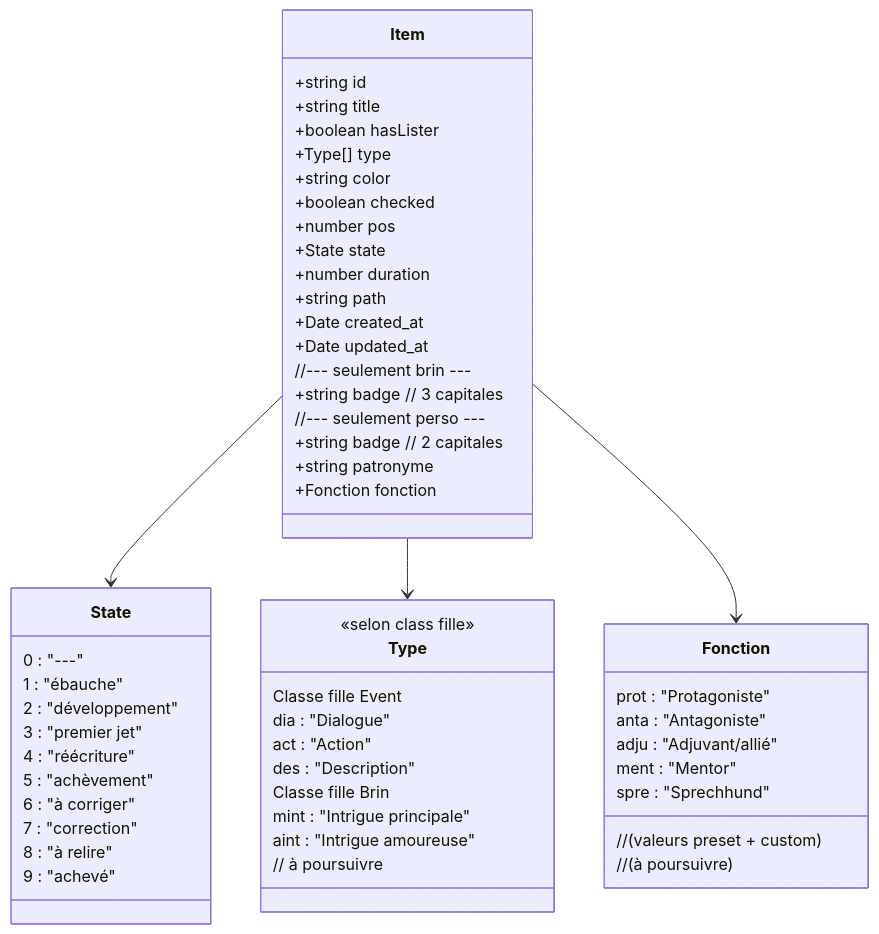
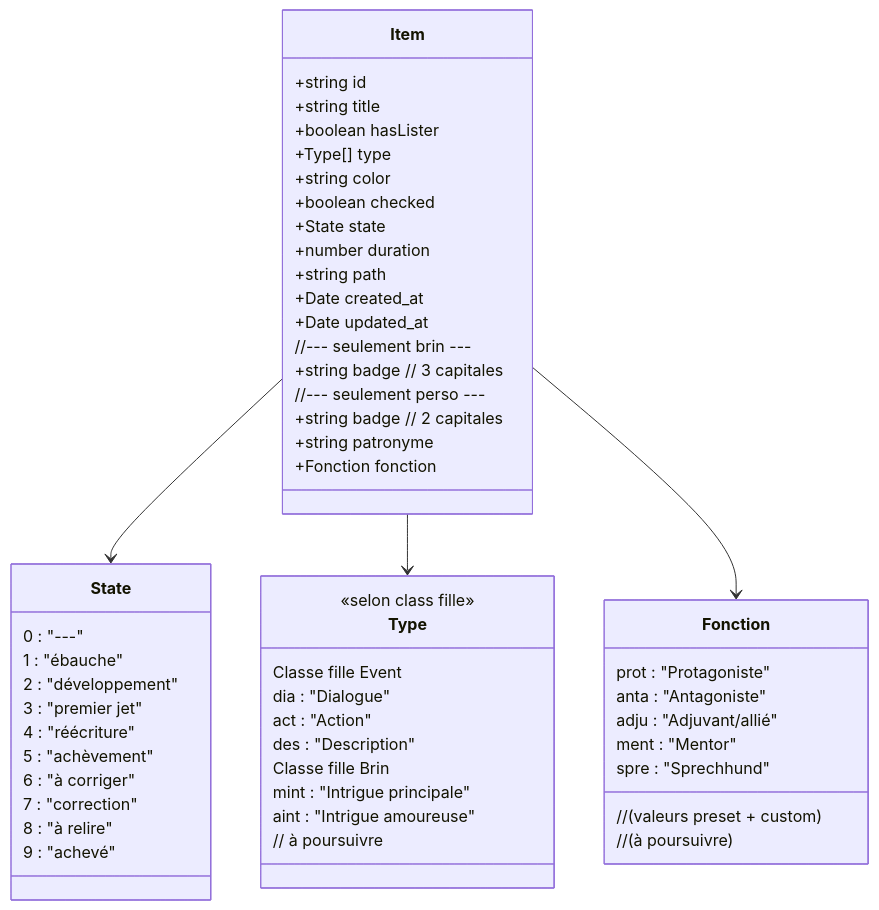
Before and after one commit to PhilippePerret/Eventer3: the second of 2 diagrams in dev/Specs-modeles.md, drawn with Mermaid. The commit also changed other lines of this file and 19 other files, not shown here.

```diff
--- a/dev/Specs-modeles.md
+++ b/dev/Specs-modeles.md
@@ -134,64 +134,63 @@
 ~~~mermaid
 classDiagram
 	class Item {
 		+string id
 		+string title
 		+boolean hasLister
 		+Type[] type
 		+string color
 		+boolean checked
-		+number pos
 		+State state
 		+number duration
 		+string path
 		+Date created_at
 		+Date updated_at
 		//--- seulement brin ---
 		+string badge // 3 capitales
 		//--- seulement perso ---
 		+string badge // 2 capitales
 		+string patronyme
 		+Fonction fonction
 	}
 	
 	class State {
     0 : "---"
     1 : "ébauche"
     2 : "développement"
     3 : "premier jet"
     4 : "réécriture"
     5 : "achèvement"
     6 : "à corriger"
     7 : "correction"
     8 : "à relire"
     9 : "achevé"
   }
 	
 	class Type {
 		<<selon class fille>>
 		Classe fille Event
 			dia : "Dialogue"
 			act : "Action"
 			des : "Description"
 		Classe fille Brin
 			mint : "Intrigue principale"
 			aint : "Intrigue amoureuse"
 			// à poursuivre
 	}
 	
 	class Fonction {
     // (valeurs preset + custom)
     prot		: "Protagoniste"
     anta		: "Antagoniste"
     adju		: "Adjuvant/allié"
     ment		: "Mentor"
     spre		: "Sprechhund"
     // (à poursuivre)
 	}
 	
 	Item --> State
 	Item --> Type
 	Item --> Fonction
 	
 
 ~~~
```
